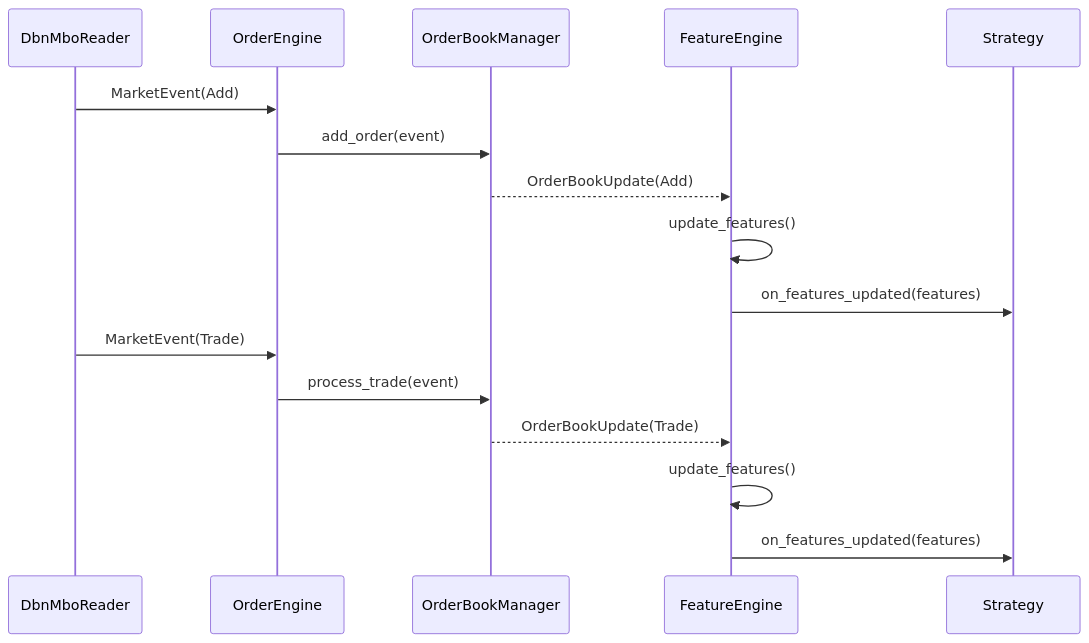
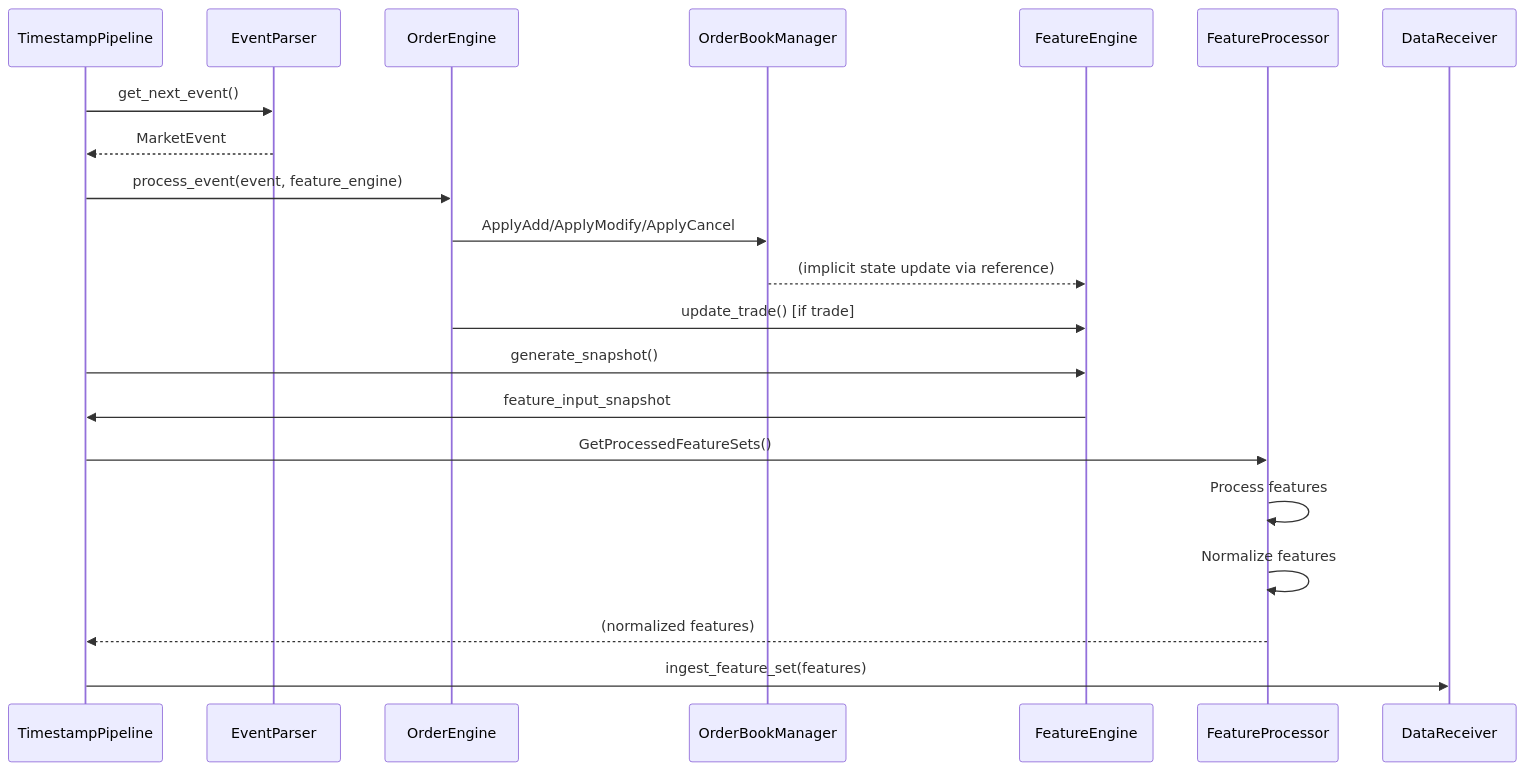
The fourth of 9 diagrams in docs/architecture.md (JackDamato/micro-regime-propogation), drawn with Mermaid before and after one commit. The commit also changed other lines of this file and 136 other files, not shown here.

````diff
--- a/docs/architecture.md
+++ b/docs/architecture.md
@@ -227,20 +226,24 @@
 ```mermaid
 sequenceDiagram
-    participant D as DbnMboReader
+    participant T as TimestampPipeline
+    participant P as EventParser
     participant E as OrderEngine
     participant O as OrderBookManager
     participant F as FeatureEngine
-    participant S as Strategy
-    
-    D->>E: MarketEvent(Add)
-    E->>O: add_order(event)
-    O-->>F: OrderBookUpdate(Add)
-    F->>F: update_features()
-    F->>S: on_features_updated(features)
-    
-    D->>E: MarketEvent(Trade)
-    E->>O: process_trade(event)
-    O-->>F: OrderBookUpdate(Trade)
-    F->>F: update_features()
-    F->>S: on_features_updated(features)
+    participant R as FeatureProcessor
+    participant D as DataReceiver
+
+    T->>P: get_next_event()
+    P-->>T: MarketEvent
+    T->>E: process_event(event, feature_engine)
+    E->>O: ApplyAdd/ApplyModify/ApplyCancel
+    O-->>F: (implicit state update via reference)
+    E->>F: update_trade() [if trade]
+    T->>F: generate_snapshot()
+    F->>T: feature_input_snapshot
+    T->>R: GetProcessedFeatureSets()
+    R->>R: Process features
+    R->>R: Normalize features
+    R-->>T: (normalized features)
+    T->>D: ingest_feature_set(features)
 ```
````
